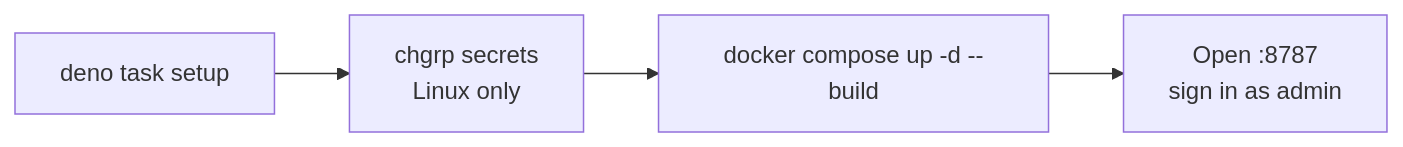
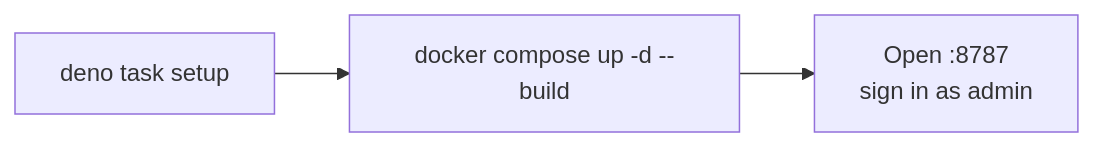
The diagram in QUICK-START.md (TykoDev/Multi-MCP), drawn with Mermaid before and after one commit. The commit also changed other lines of this file and 38 other files, not shown here.

````diff
--- a/QUICK-START.md
+++ b/QUICK-START.md
@@ -3,4 +3,4 @@
 ```mermaid
 flowchart LR
-  A[deno task setup] --> B[chgrp secrets<br/>Linux only] --> C[docker compose up -d --build] --> D[Open :8787<br/>sign in as admin]
+  A[deno task setup] --> C[docker compose up -d --build] --> D[Open :8787<br/>sign in as admin]
 ```
````
